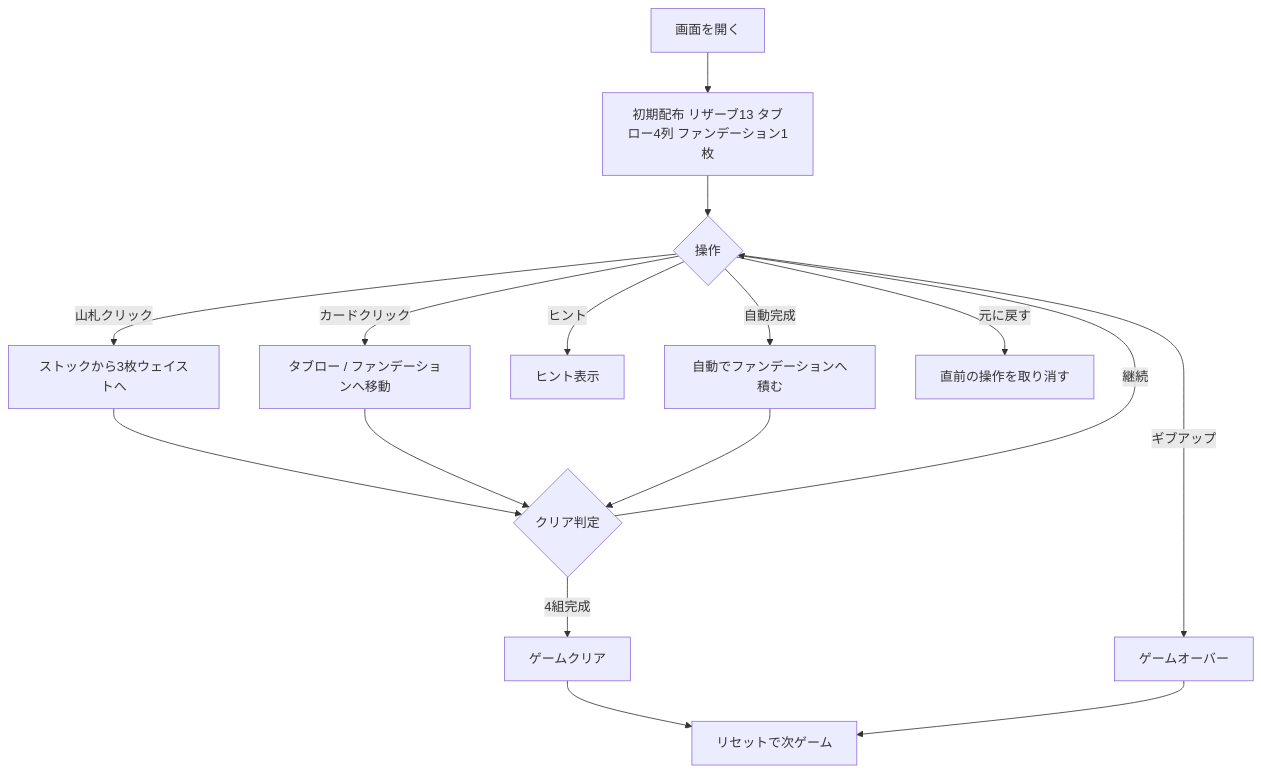
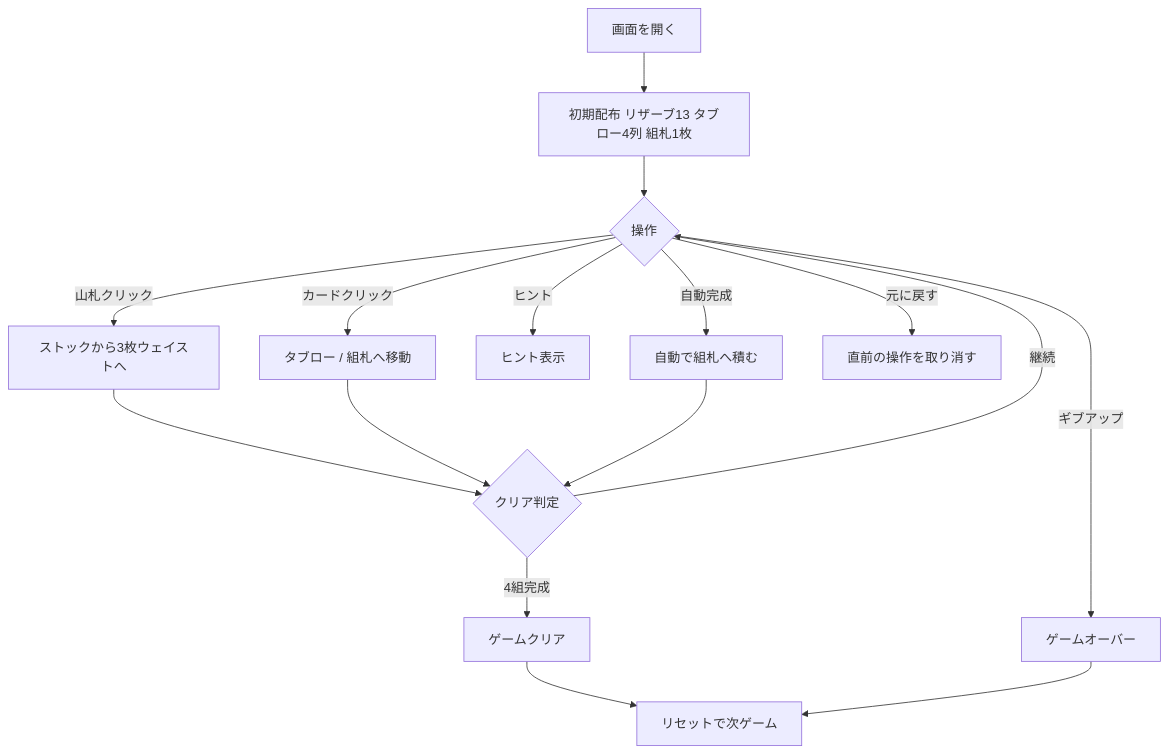
The diagram in docs/manual/web/canfield.md (yuta-yoshinaga/go_trumpcards), drawn with Mermaid before and after one commit. The commit also changed other lines of this file and 49 other files, not shown here.

````diff
--- a/docs/manual/web/canfield.md
+++ b/docs/manual/web/canfield.md
@@ -39,18 +39,18 @@
 ```mermaid
 flowchart TD
-    A[画面を開く] --> B[初期配布 リザーブ13 タブロー4列 ファンデーション1枚]
+    A[画面を開く] --> B[初期配布 リザーブ13 タブロー4列 組札1枚]
     B --> C{操作}
     C -->|山札クリック| D[ストックから3枚ウェイストへ]
-    C -->|カードクリック| E[タブロー / ファンデーションへ移動]
+    C -->|カードクリック| E[タブロー / 組札へ移動]
     C -->|ヒント| F[ヒント表示]
-    C -->|自動完成| G[自動でファンデーションへ積む]
+    C -->|自動完成| G[自動で組札へ積む]
     C -->|元に戻す| H[直前の操作を取り消す]
     D --> I{クリア判定}
     E --> I
     G --> I
     I -->|4組完成| J[ゲームクリア]
     I -->|継続| C
     C -->|ギブアップ| K[ゲームオーバー]
     J --> L[リセットで次ゲーム]
     K --> L
 ```
````
